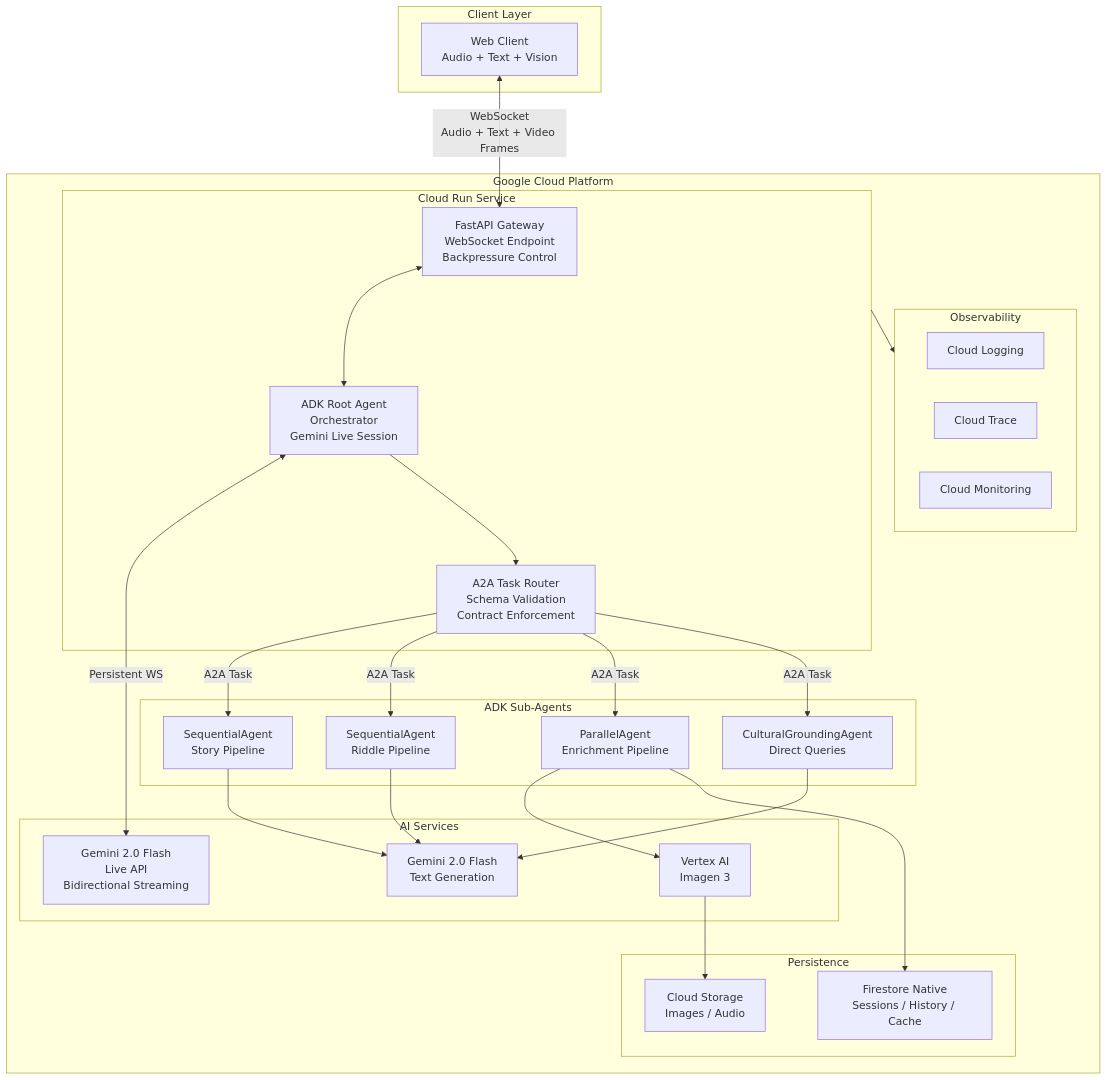
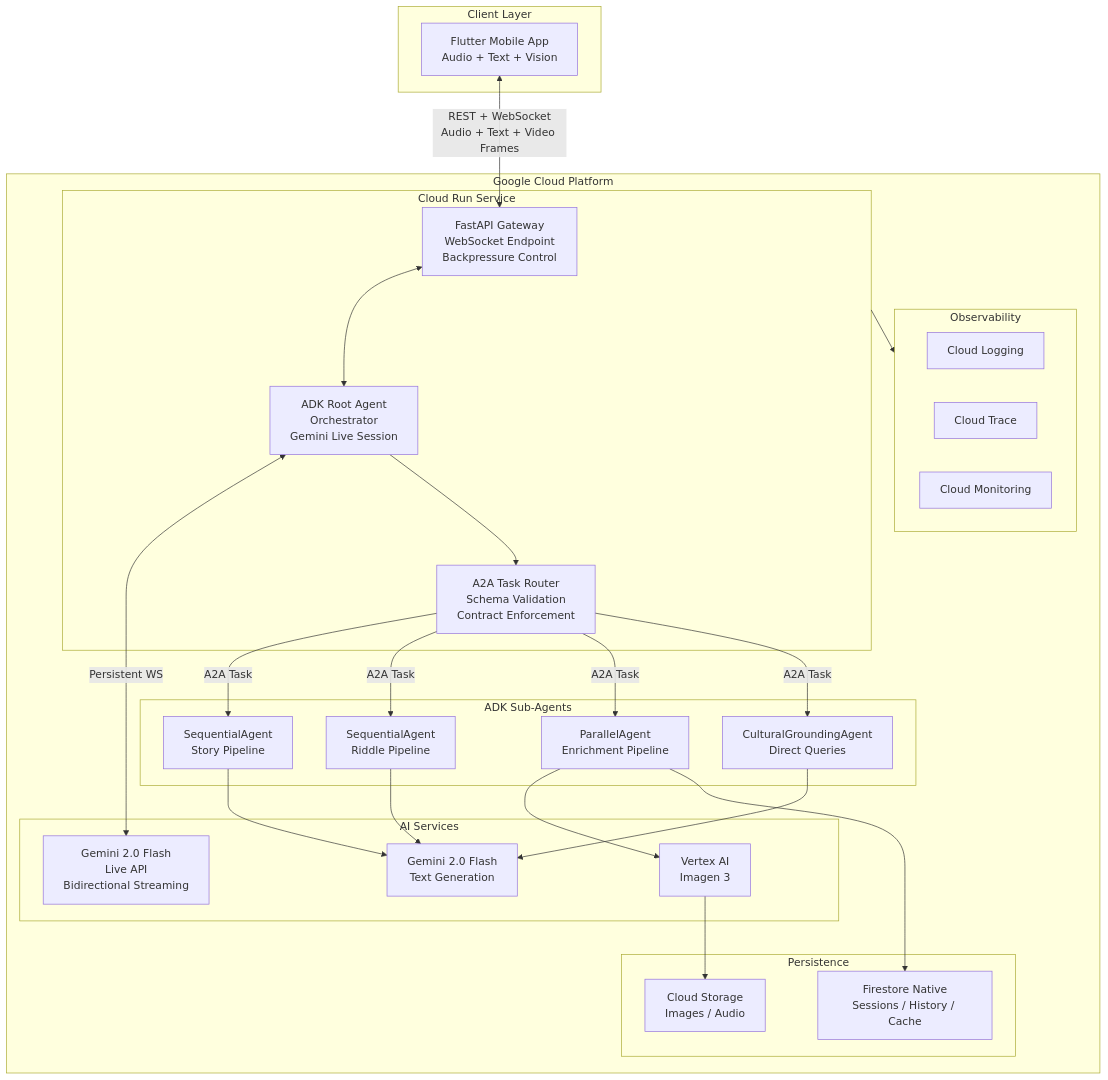
One commit to AbraImani/hadithiAI_orchestrator changed the first of 13 diagrams in docs/ARCHITECTURE.md. Above: the diagram before and after it, drawn with Mermaid. The commit also changed other lines of this file and 10 other files, not shown here.

````diff
--- a/docs/ARCHITECTURE.md
+++ b/docs/ARCHITECTURE.md
@@ -134,54 +136,54 @@
 ```mermaid
 graph TB
   subgraph CLIENT["Client Layer"]
-    WebClient["Web Client\nAudio + Text + Vision"]
+    WebClient["Flutter Mobile App\nAudio + Text + Vision"]
   end
 
   subgraph GCP["Google Cloud Platform"]
     subgraph CR["Cloud Run Service"]
       Gateway["FastAPI Gateway\nWebSocket Endpoint\nBackpressure Control"]
       ADKOrch["ADK Root Agent\nOrchestrator\nGemini Live Session"]
       A2ARouter["A2A Task Router\nSchema Validation\nContract Enforcement"]
     end
 
     subgraph AGENTS["ADK Sub-Agents"]
       StoryPipeline["SequentialAgent\nStory Pipeline"]
       RiddlePipeline["SequentialAgent\nRiddle Pipeline"]
       EnrichPipeline["ParallelAgent\nEnrichment Pipeline"]
       CulturalDirect["CulturalGroundingAgent\nDirect Queries"]
     end
 
     subgraph AI["AI Services"]
       GeminiLive["Gemini 2.0 Flash\nLive API\nBidirectional Streaming"]
       GeminiText["Gemini 2.0 Flash\nText Generation"]
       Imagen["Vertex AI\nImagen 3"]
     end
 
     subgraph PERSIST["Persistence"]
       Firestore["Firestore Native\nSessions / History / Cache"]
       GCS["Cloud Storage\nImages / Audio"]
     end
 
     subgraph OBS["Observability"]
       Logging["Cloud Logging"]
       Trace["Cloud Trace"]
       Monitor["Cloud Monitoring"]
     end
   end
 
-  WebClient <-->|"WebSocket\nAudio + Text + Video Frames"| Gateway
+  WebClient <-->|"REST + WebSocket\nAudio + Text + Video Frames"| Gateway
   Gateway <--> ADKOrch
   ADKOrch <-->|"Persistent WS"| GeminiLive
   ADKOrch --> A2ARouter
   A2ARouter -->|"A2A Task"| StoryPipeline
   A2ARouter -->|"A2A Task"| RiddlePipeline
   A2ARouter -->|"A2A Task"| EnrichPipeline
   A2ARouter -->|"A2A Task"| CulturalDirect
   StoryPipeline --> GeminiText
   RiddlePipeline --> GeminiText
   CulturalDirect --> GeminiText
   EnrichPipeline --> Imagen
   EnrichPipeline --> Firestore
   Imagen --> GCS
   CR --> OBS
 ```
````
